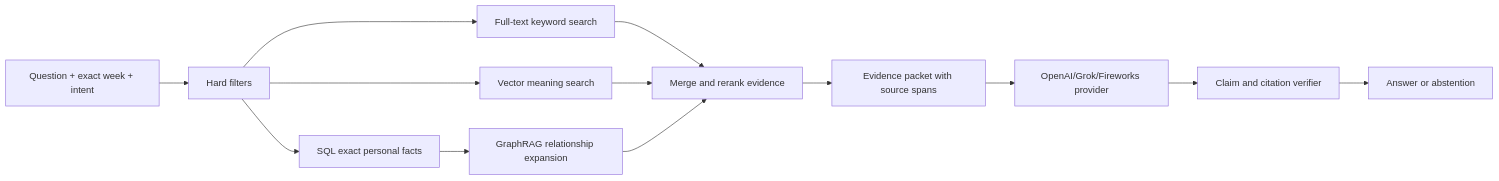
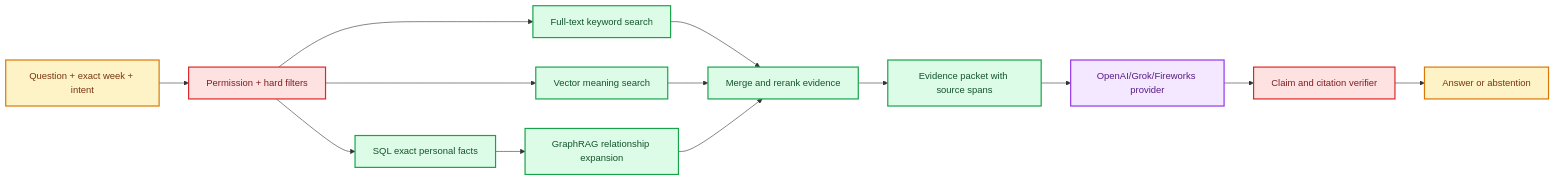
Before and after one commit to ASWATHHARISH/nestline: the fourth of 5 diagrams in docs/Nestline updated architecture.md, drawn with Mermaid. The commit also changed other lines of this file and 1 other file, not shown here.

Commit message:
docs: reconcile and audit Nestline architecture

````diff
--- a/docs/Nestline updated architecture.md
+++ b/docs/Nestline updated architecture.md
@@ -450,15 +712,20 @@
 ```mermaid
 flowchart LR
-    Q["Question + exact week + intent"] --> F["Hard filters"]
-    F --> SQL["SQL exact personal facts"]
-    F --> TXT["Full-text keyword search"]
-    F --> VEC["Vector meaning search"]
-    SQL --> GR["GraphRAG relationship expansion"]
-    TXT --> R["Merge and rerank evidence"]
+    Q["Question + exact week + intent"]:::human --> F["Permission + hard filters"]:::control
+    F --> SQL["SQL exact personal facts"]:::data
+    F --> TXT["Full-text keyword search"]:::data
+    F --> VEC["Vector meaning search"]:::data
+    SQL --> GR["GraphRAG relationship expansion"]:::data
+    TXT --> R["Merge and rerank evidence"]:::data
     VEC --> R
     GR --> R
-    R --> PKT["Evidence packet with source spans"]
-    PKT --> LLM["OpenAI/Grok/Fireworks provider"]
-    LLM --> VER["Claim and citation verifier"]
-    VER --> OUT["Answer or abstention"]
+    R --> PKT["Evidence packet with source spans"]:::data
+    PKT --> LLM["OpenAI/Grok/Fireworks provider"]:::platform
+    LLM --> VER["Claim and citation verifier"]:::control
+    VER --> OUT["Answer or abstention"]:::human
+
+    classDef human fill:#FEF3C7,stroke:#D97706,color:#78350F,stroke-width:2px;
+    classDef data fill:#DCFCE7,stroke:#16A34A,color:#14532D,stroke-width:2px;
+    classDef control fill:#FEE2E2,stroke:#DC2626,color:#7F1D1D,stroke-width:2px;
+    classDef platform fill:#F3E8FF,stroke:#9333EA,color:#581C87,stroke-width:2px;
 ```
````
